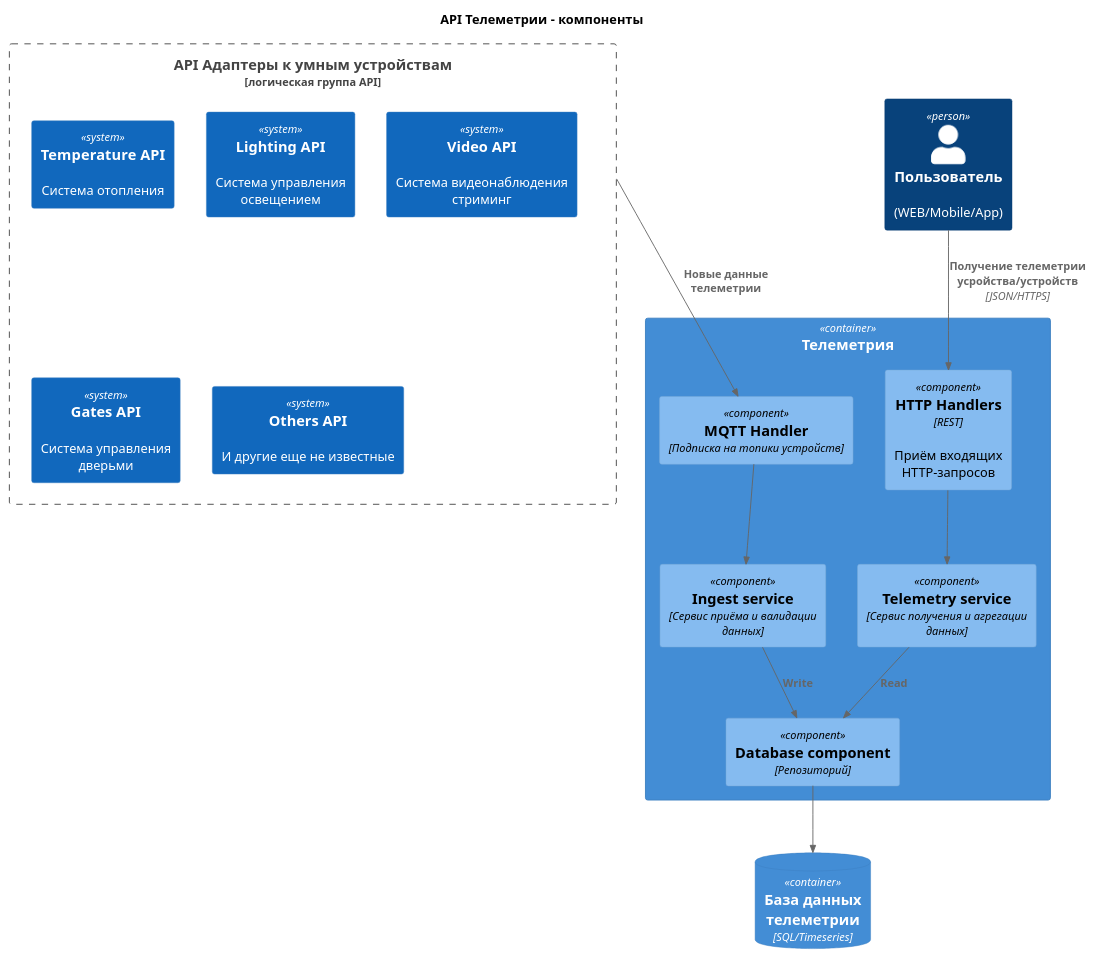
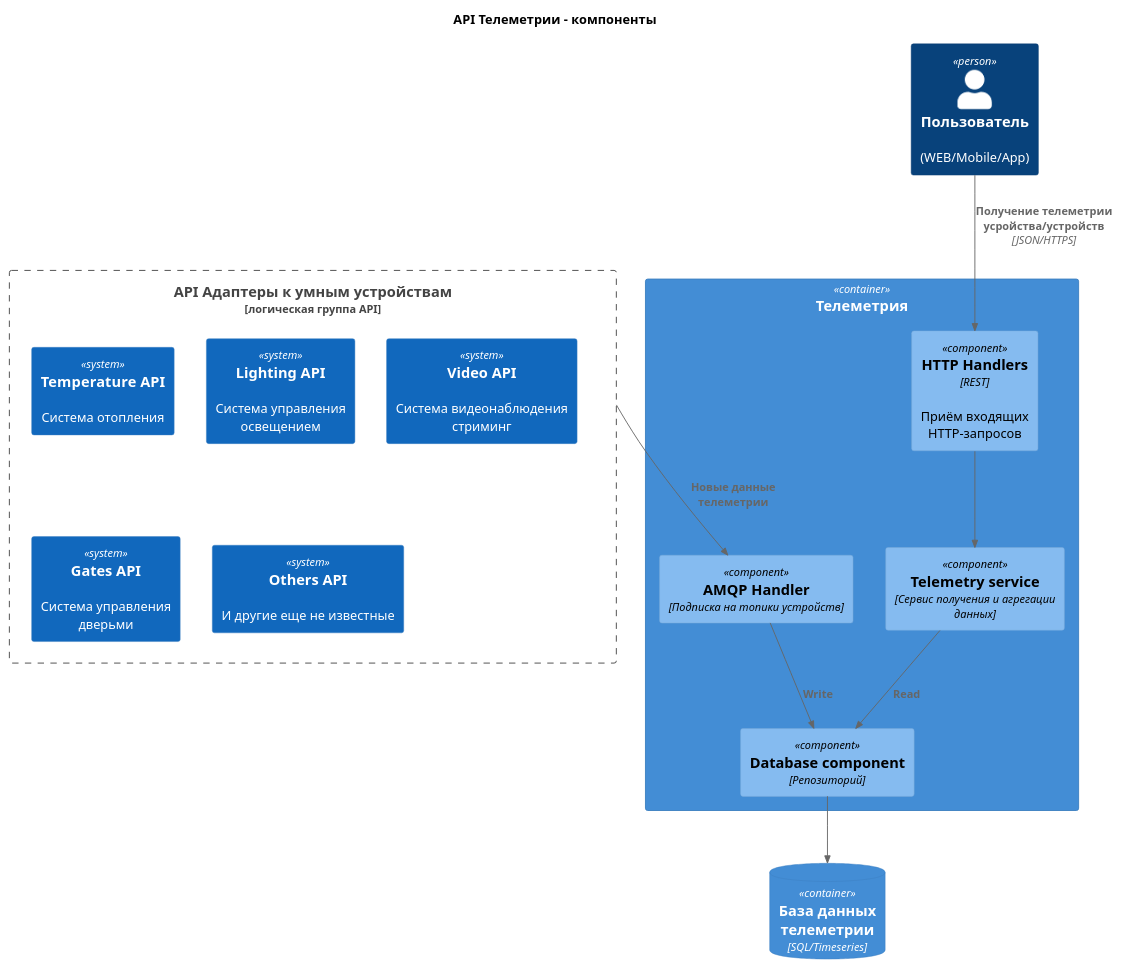
Before and after one commit to bugurshik/warmhouse_practicum: the diagram in diagrams/components/Telemetry_components.puml, drawn with PlantUML. The commit also changed 2 other files, not shown here.

```diff
--- a/diagrams/components/Telemetry_components.puml
+++ b/diagrams/components/Telemetry_components.puml
@@ -1,42 +1,39 @@
 @startuml Telemetry - components diagram
 !include https://raw.githubusercontent.com/plantuml-stdlib/C4-PlantUML/master/C4_Component.puml
 
 title API Телеметрии - компоненты
 
 Person(user, "Пользователь", "(WEB/Mobile/App)")
 
 Boundary(bound, "API Адаптеры к умным устройствам", "логическая группа API"){
     System(temperature, "Temperature API", "Система отопления")
     System(lighting, "Lighting API", "Система управления освещением")
     System(video, "Video API", "Система видеонаблюдения стриминг")
     System(gates, "Gates API", "Система управления дверьми")
     System(others, "Others API", "И другие еще не известные")
 }
 
 Container(telemetry, "Телеметрия") {
     Component(handlers, "HTTP Handlers", "REST", "Приём входящих HTTP-запросов")
-    Component(mqtt_handler, "MQTT Handler", "Подписка на топики устройств")
+    Component(mqtt_handler, "AMQP Handler", "Подписка на топики устройств")
 
     Component(telemetry_service, "Telemetry service", "Сервис получения и агрегации данных")
     
-    Component(ingest_service, "Ingest service", "Сервис приёма и валидации данных")
-
     Component(db_component, "Database component", "Репозиторий")
 }
 
 ContainerDb(telemetry_db, "База данных телеметрии", "SQL/Timeseries")
 
 ' Связи
 
 Rel(bound, mqtt_handler, "Новые данные телеметрии")
 
 Rel(user, handlers,"Получение телеметрии усройства/устройств", "JSON/HTTPS")
 Rel(handlers, telemetry_service,"")
 Rel(telemetry_service, db_component, "Read")
 
-Rel(mqtt_handler, ingest_service, "")
-Rel(ingest_service, db_component, "Write")
+Rel(mqtt_handler, db_component, "Write")
 
 Rel(db_component, telemetry_db, "")
 
 @enduml
```
